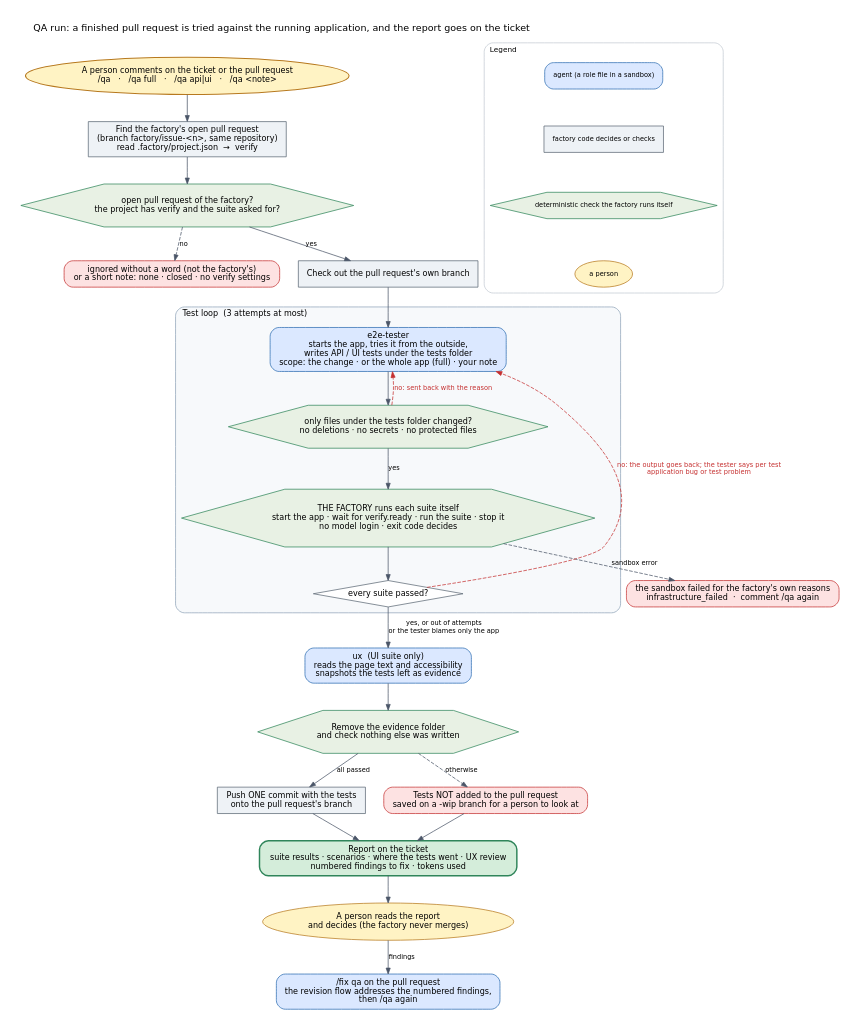
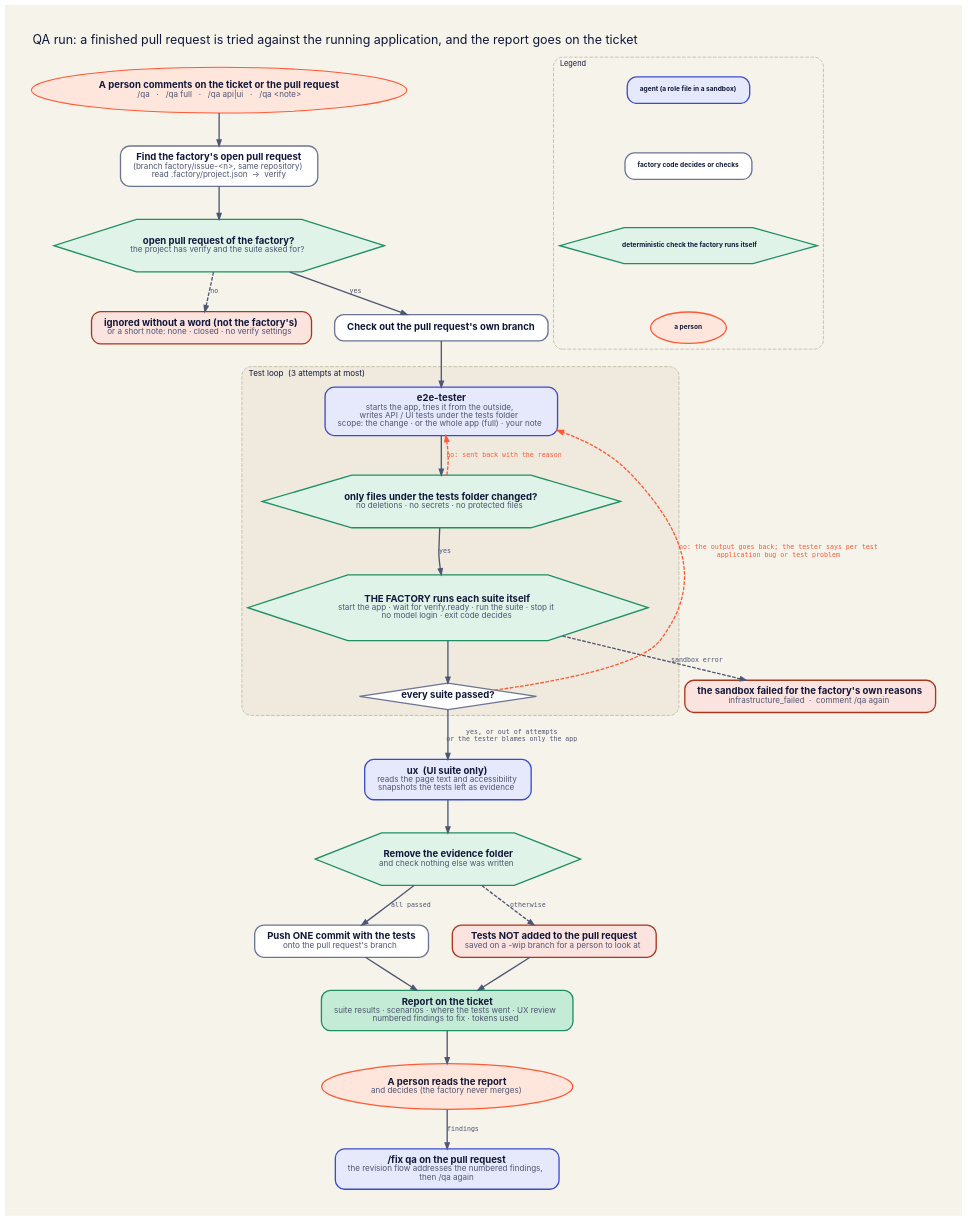
One commit to ai-sdlc-factory/ai-sdlc-factory changed the diagram in docs/diagrams/qa-workflow.dot. Above: the diagram before and after it, drawn with Graphviz. The commit also changed 24 other files, not shown here.

First line of the commit message:
Restyle docs diagrams to match the website

```diff
--- a/docs/diagrams/qa-workflow.dot
+++ b/docs/diagrams/qa-workflow.dot
@@ -1,54 +1,54 @@
 digraph qa_workflow {
-  graph [rankdir=TB, fontname="DejaVu Sans", fontsize=13, bgcolor=white, pad=0.3, nodesep=0.35, ranksep=0.5, labelloc=t, labeljust=l, compound=true];
-  node  [fontname="DejaVu Sans", fontsize=11, shape=box, style="rounded,filled", margin="0.15,0.08", fillcolor="#eef2f6", color="#5b6773"];
-  edge  [fontname="DejaVu Sans", fontsize=9, color="#4a5568", arrowsize=0.8];
+  graph [rankdir=TB, fontname="Inter",  bgcolor="#f6f3ea", pad=0.5, nodesep=0.45, ranksep=0.60, fontcolor="#12183a", fontsize=17, labelloc=t, labeljust=l, compound=true];
+  node  [fontname="Inter", fontsize=13, fontcolor="#12183a", penwidth=1.8, shape=box, style="rounded,filled", margin="0.24,0.14", fillcolor="#ffffff", color="#6b7494"];
+  edge  [fontname="DejaVu Sans Mono", fontsize=9, fontcolor="#4f5673", penwidth=1.8, arrowhead=normal, color="#4f5673", arrowsize=0.8];
   label="QA run: a finished pull request is tried against the running application, and the report goes on the ticket";
 
-  start  [label="A person comments on the ticket or the pull request\n/qa   ·   /qa full   ·   /qa api|ui   ·   /qa <note>", shape=oval, style="filled", fillcolor="#fff3c4", color="#b7791f", penwidth=1.4];
-  find   [label="Find the factory's open pull request\n(branch factory/issue-<n>, same repository)\nread .factory/project.json  →  verify", shape=box, style="filled", fillcolor="#eef2f6", color="#5b6773"];
-  rules  [label="open pull request of the factory?\nthe project has verify and the suite asked for?", shape=hexagon, style="filled", fillcolor="#e8f1e4", color="#2f855a"];
-  refuse [label="ignored without a word (not the factory's)\nor a short note: none · closed · no verify settings", shape=box, style="rounded,filled", fillcolor="#fde2e2", color="#c53030"];
-  co     [label="Check out the pull request's own branch", shape=box, style="filled", fillcolor="#eef2f6", color="#5b6773"];
+  start  [label=<<B>A person comments on the ticket or the pull request</B><BR/><FONT COLOR="#4f5673" POINT-SIZE="11">/qa   ·   /qa full   ·   /qa api|ui   ·   /qa &lt;note&gt;</FONT>>, shape=oval, style="filled", fillcolor="#ffe6dd", color="#ff5a36", penwidth=1.4];
+  find   [label=<<B>Find the factory's open pull request</B><BR/><FONT COLOR="#4f5673" POINT-SIZE="11">(branch factory/issue-&lt;n&gt;, same repository)</FONT><BR/><FONT COLOR="#4f5673" POINT-SIZE="11">read .factory/project.json  →  verify</FONT>>, shape=box, style="rounded,filled", fillcolor="#ffffff", color="#6b7494"];
+  rules  [label=<<B>open pull request of the factory?</B><BR/><FONT COLOR="#4f5673" POINT-SIZE="11">the project has verify and the suite asked for?</FONT>>, shape=hexagon, style="filled", fillcolor="#dff3e9", color="#1f8f63"];
+  refuse [label=<<B>ignored without a word (not the factory's)</B><BR/><FONT COLOR="#4f5673" POINT-SIZE="11">or a short note: none · closed · no verify settings</FONT>>, shape=box, style="rounded,filled", fillcolor="#fbe3df", color="#a8381b"];
+  co     [label=<<B>Check out the pull request's own branch</B>>, shape=box, style="rounded,filled", fillcolor="#ffffff", color="#6b7494"];
 
   subgraph cluster_loop {
-    label="Test loop  (3 attempts at most)"; style="rounded,filled"; color="#8fa3b8"; fillcolor="#f7f9fb"; fontsize=11;
-    tester [label="e2e-tester\nstarts the app, tries it from the outside,\nwrites API / UI tests under the tests folder\nscope: the change · or the whole app (full) · your note", shape=box, style="rounded,filled", fillcolor="#dbe8ff", color="#2b6cb0"];
-    only   [label="only files under the tests folder changed?\nno deletions · no secrets · no protected files", shape=hexagon, style="filled", fillcolor="#e8f1e4", color="#2f855a"];
-    run    [label="THE FACTORY runs each suite itself\nstart the app · wait for verify.ready · run the suite · stop it\nno model login · exit code decides", shape=hexagon, style="filled", fillcolor="#e8f1e4", color="#2f855a"];
-    pass   [label="every suite passed?", shape=diamond, style="filled", fillcolor="#ffffff", color="#5b6773", margin="0.05,0.05"];
+    label="Test loop  (3 attempts at most)"; style="rounded,filled,dashed"; color="#b9b29c"; fillcolor="#efeadd"; fontsize=11;
+    tester [label=<<B>e2e-tester</B><BR/><FONT COLOR="#4f5673" POINT-SIZE="11">starts the app, tries it from the outside,</FONT><BR/><FONT COLOR="#4f5673" POINT-SIZE="11">writes API / UI tests under the tests folder</FONT><BR/><FONT COLOR="#4f5673" POINT-SIZE="11">scope: the change · or the whole app (full) · your note</FONT>>, shape=box, style="rounded,filled", fillcolor="#e6e9fb", color="#3b4cca"];
+    only   [label=<<B>only files under the tests folder changed?</B><BR/><FONT COLOR="#4f5673" POINT-SIZE="11">no deletions · no secrets · no protected files</FONT>>, shape=hexagon, style="filled", fillcolor="#dff3e9", color="#1f8f63"];
+    run    [label=<<B>THE FACTORY runs each suite itself</B><BR/><FONT COLOR="#4f5673" POINT-SIZE="11">start the app · wait for verify.ready · run the suite · stop it</FONT><BR/><FONT COLOR="#4f5673" POINT-SIZE="11">no model login · exit code decides</FONT>>, shape=hexagon, style="filled", fillcolor="#dff3e9", color="#1f8f63"];
+    pass   [label=<<B>every suite passed?</B>>, shape=diamond, style="filled", fillcolor="#ffffff", color="#6b7494", margin="0.05,0.05"];
   }
-  ux     [label="ux  (UI suite only)\nreads the page text and accessibility\nsnapshots the tests left as evidence", shape=box, style="rounded,filled", fillcolor="#dbe8ff", color="#2b6cb0"];
-  clean  [label="Remove the evidence folder\nand check nothing else was written", shape=hexagon, style="filled", fillcolor="#e8f1e4", color="#2f855a"];
-  push   [label="Push ONE commit with the tests\nonto the pull request's branch", shape=box, style="filled", fillcolor="#eef2f6", color="#5b6773"];
-  save   [label="Tests NOT added to the pull request\nsaved on a -wip branch for a person to look at", shape=box, style="rounded,filled", fillcolor="#fde2e2", color="#c53030"];
-  report [label="Report on the ticket\nsuite results · scenarios · where the tests went · UX review\nnumbered findings to fix · tokens used", shape=box, style="rounded,filled,bold", fillcolor="#d4edda", color="#2f855a"];
-  person [label="A person reads the report\nand decides (the factory never merges)", shape=ellipse, style="filled", fillcolor="#fff3c4", color="#b7791f"];
-  fix    [label="/fix qa on the pull request\nthe revision flow addresses the numbered findings,\nthen /qa again", shape=box, style="rounded,filled", fillcolor="#dbe8ff", color="#2b6cb0"];
-  infra  [label="the sandbox failed for the factory's own reasons\ninfrastructure_failed  ·  comment /qa again", shape=box, style="rounded,filled", fillcolor="#fde2e2", color="#c53030"];
+  ux     [label=<<B>ux  (UI suite only)</B><BR/><FONT COLOR="#4f5673" POINT-SIZE="11">reads the page text and accessibility</FONT><BR/><FONT COLOR="#4f5673" POINT-SIZE="11">snapshots the tests left as evidence</FONT>>, shape=box, style="rounded,filled", fillcolor="#e6e9fb", color="#3b4cca"];
+  clean  [label=<<B>Remove the evidence folder</B><BR/><FONT COLOR="#4f5673" POINT-SIZE="11">and check nothing else was written</FONT>>, shape=hexagon, style="filled", fillcolor="#dff3e9", color="#1f8f63"];
+  push   [label=<<B>Push ONE commit with the tests</B><BR/><FONT COLOR="#4f5673" POINT-SIZE="11">onto the pull request's branch</FONT>>, shape=box, style="rounded,filled", fillcolor="#ffffff", color="#6b7494"];
+  save   [label=<<B>Tests NOT added to the pull request</B><BR/><FONT COLOR="#4f5673" POINT-SIZE="11">saved on a -wip branch for a person to look at</FONT>>, shape=box, style="rounded,filled", fillcolor="#fbe3df", color="#a8381b"];
+  report [label=<<B>Report on the ticket</B><BR/><FONT COLOR="#4f5673" POINT-SIZE="11">suite results · scenarios · where the tests went · UX review</FONT><BR/><FONT COLOR="#4f5673" POINT-SIZE="11">numbered findings to fix · tokens used</FONT>>, shape=box, style="rounded,filled,bold", fillcolor="#c4ebd5", color="#1f8f63"];
+  person [label=<<B>A person reads the report</B><BR/><FONT COLOR="#4f5673" POINT-SIZE="11">and decides (the factory never merges)</FONT>>, shape=ellipse, style="filled", fillcolor="#ffe6dd", color="#ff5a36"];
+  fix    [label=<<B>/fix qa on the pull request</B><BR/><FONT COLOR="#4f5673" POINT-SIZE="11">the revision flow addresses the numbered findings,</FONT><BR/><FONT COLOR="#4f5673" POINT-SIZE="11">then /qa again</FONT>>, shape=box, style="rounded,filled", fillcolor="#e6e9fb", color="#3b4cca"];
+  infra  [label=<<B>the sandbox failed for the factory's own reasons</B><BR/><FONT COLOR="#4f5673" POINT-SIZE="11">infrastructure_failed  ·  comment /qa again</FONT>>, shape=box, style="rounded,filled", fillcolor="#fbe3df", color="#a8381b"];
 
   start -> find -> rules;
   rules -> refuse [label="no", style=dashed];
   rules -> co [label="yes"];
   co -> tester -> only;
-  only -> tester [label="no: sent back with the reason", style=dashed, color="#c53030", fontcolor="#c53030", constraint=false];
+  only -> tester [label="no: sent back with the reason", style=dashed, color="#ff5a36", fontcolor="#ff5a36", constraint=false];
   only -> run [label="yes"];
   run -> pass;
   run -> infra [label="sandbox error", style=dashed];
-  pass -> tester [label="no: the output goes back; the tester says per test\napplication bug or test problem", style=dashed, color="#c53030", fontcolor="#c53030", constraint=false];
+  pass -> tester [label="no: the output goes back; the tester says per test\napplication bug or test problem", style=dashed, color="#ff5a36", fontcolor="#ff5a36", constraint=false];
   pass -> ux [label="yes, or out of attempts\nor the tester blames only the app"];
   ux -> clean;
   clean -> push [label="all passed"];
   clean -> save [label="otherwise", style=dashed];
   push -> report; save -> report;
   report -> person;
   person -> fix [label="findings"];
 
   subgraph cluster_legend {
-    label="Legend"; style="rounded"; color="#c3cad2"; fontsize=10; rank=sink;
-    til1 [label="agent (a role file in a sandbox)", shape=box, style="rounded,filled", fillcolor="#dbe8ff", color="#2b6cb0", fontsize=9];
-    til2 [label="factory code decides or checks", shape=box, style="filled", fillcolor="#eef2f6", color="#5b6773", fontsize=9];
-    til3 [label="deterministic check the factory runs itself", shape=hexagon, style="filled", fillcolor="#e8f1e4", color="#2f855a", fontsize=9];
-    til4 [label="a person", shape=ellipse, style="filled", fillcolor="#fff3c4", color="#b7791f", fontsize=9];
+    label="Legend"; style="rounded,dashed"; color="#b9b29c"; fontsize=10; rank=sink;
+    til1 [label=<<B>agent (a role file in a sandbox)</B>>, shape=box, style="rounded,filled", fillcolor="#e6e9fb", color="#3b4cca", fontsize=9];
+    til2 [label=<<B>factory code decides or checks</B>>, shape=box, style="rounded,filled", fillcolor="#ffffff", color="#6b7494", fontsize=9];
+    til3 [label=<<B>deterministic check the factory runs itself</B>>, shape=hexagon, style="filled", fillcolor="#dff3e9", color="#1f8f63", fontsize=9];
+    til4 [label=<<B>a person</B>>, shape=ellipse, style="filled", fillcolor="#ffe6dd", color="#ff5a36", fontsize=9];
     til1 -> til2 -> til3 -> til4 [style=invis];
   }
 }
```
